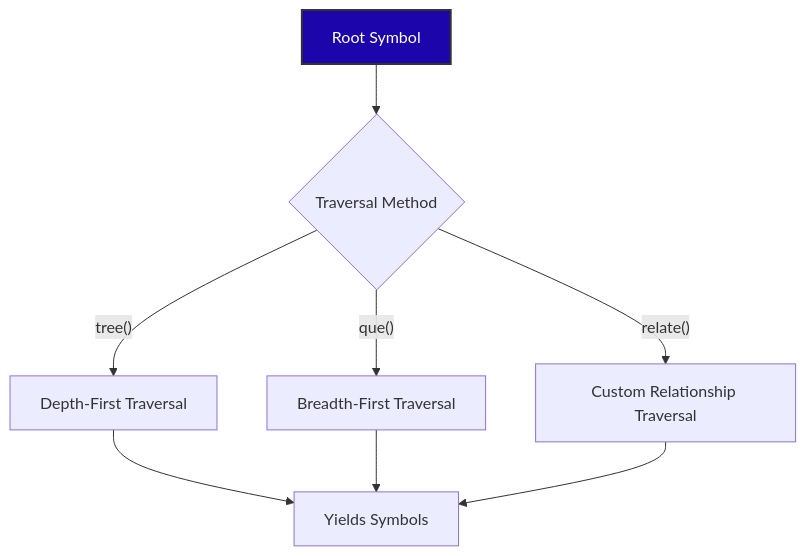
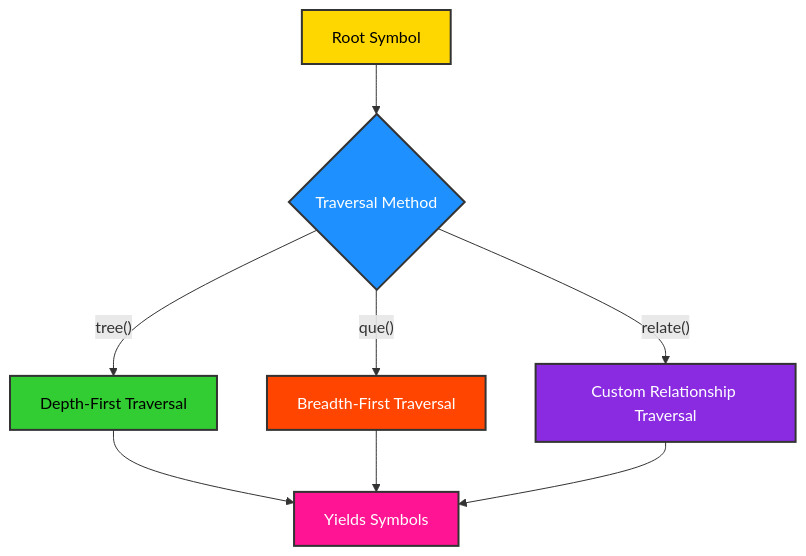
The fourth of 13 diagrams in docs/readme_details/8_api_highlights/index.md (ikko/sym), drawn with Mermaid before and after one commit. The commit also changed other lines of this file and 15 other files, not shown here.

Commit message:
inbetween cleaning examples and recolor mermaids

````diff
--- a/docs/readme_details/8_api_highlights/index.md
+++ b/docs/readme_details/8_api_highlights/index.md
@@ -158,14 +217,17 @@
 ```mermaid
 graph TD
     A[Root Symbol] --> B{Traversal Method};
-    B -- "tree&#40&#41" --> C[Depth-First Traversal];
-    B -- "que&#40&#41" --> D[Breadth-First Traversal];
-    B -- "relate&#40&#41" --> E[Custom Relationship Traversal];
+    B -- "tree()" --> C[Depth-First Traversal];
+    B -- "que()" --> D[Breadth-First Traversal];
+    B -- "relate()" --> E[Custom Relationship Traversal];
     C --> F[Yields Symbols];
     D --> F;
     E --> F;
 
-    style A fill:#1c06ab,stroke:#333,stroke-width:2px,color:#FFFFFF;
-
-    style A fill:#1c06ab,stroke:#333,stroke-width:2px,color:#FFFFFF;
+    style A fill:#FFD700,stroke:#333,stroke-width:2px,color:#000000;
+    style B fill:#1E90FF,stroke:#333,stroke-width:2px,color:#FFFFFF;
+    style C fill:#32CD32,stroke:#333,stroke-width:2px,color:#000000;
+    style D fill:#FF4500,stroke:#333,stroke-width:2px,color:#FFFFFF;
+    style E fill:#8A2BE2,stroke:#333,stroke-width:2px,color:#FFFFFF;
+    style F fill:#FF1493,stroke:#333,stroke-width:2px,color:#FFFFFF;
 ```
````
